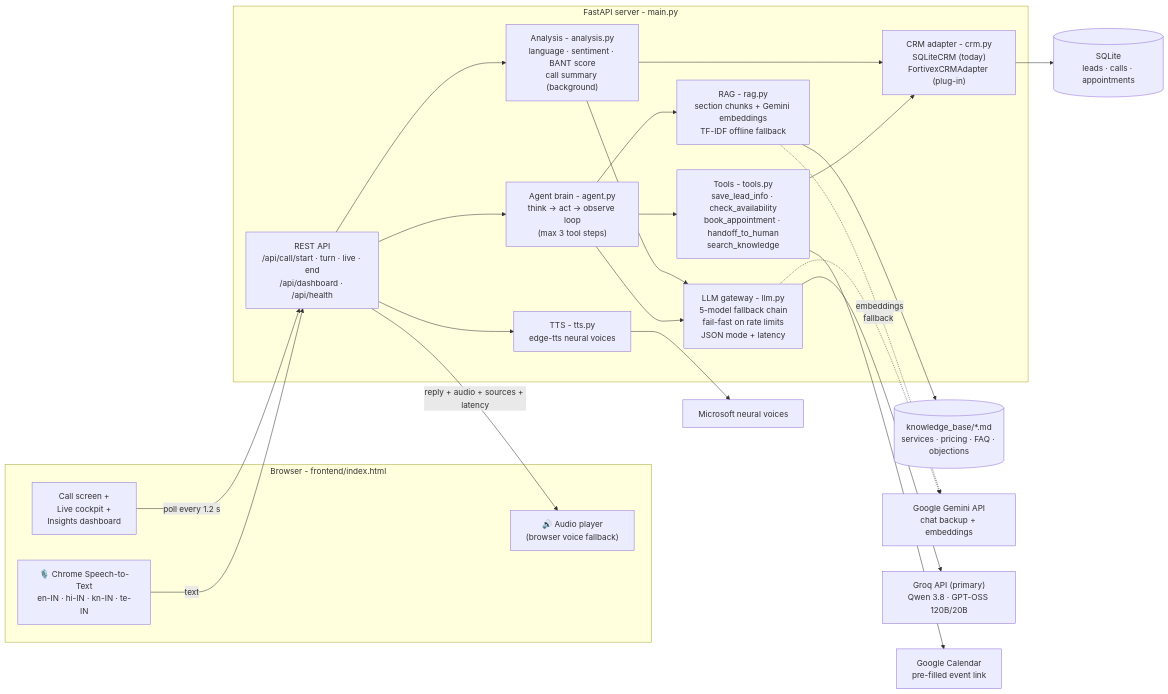
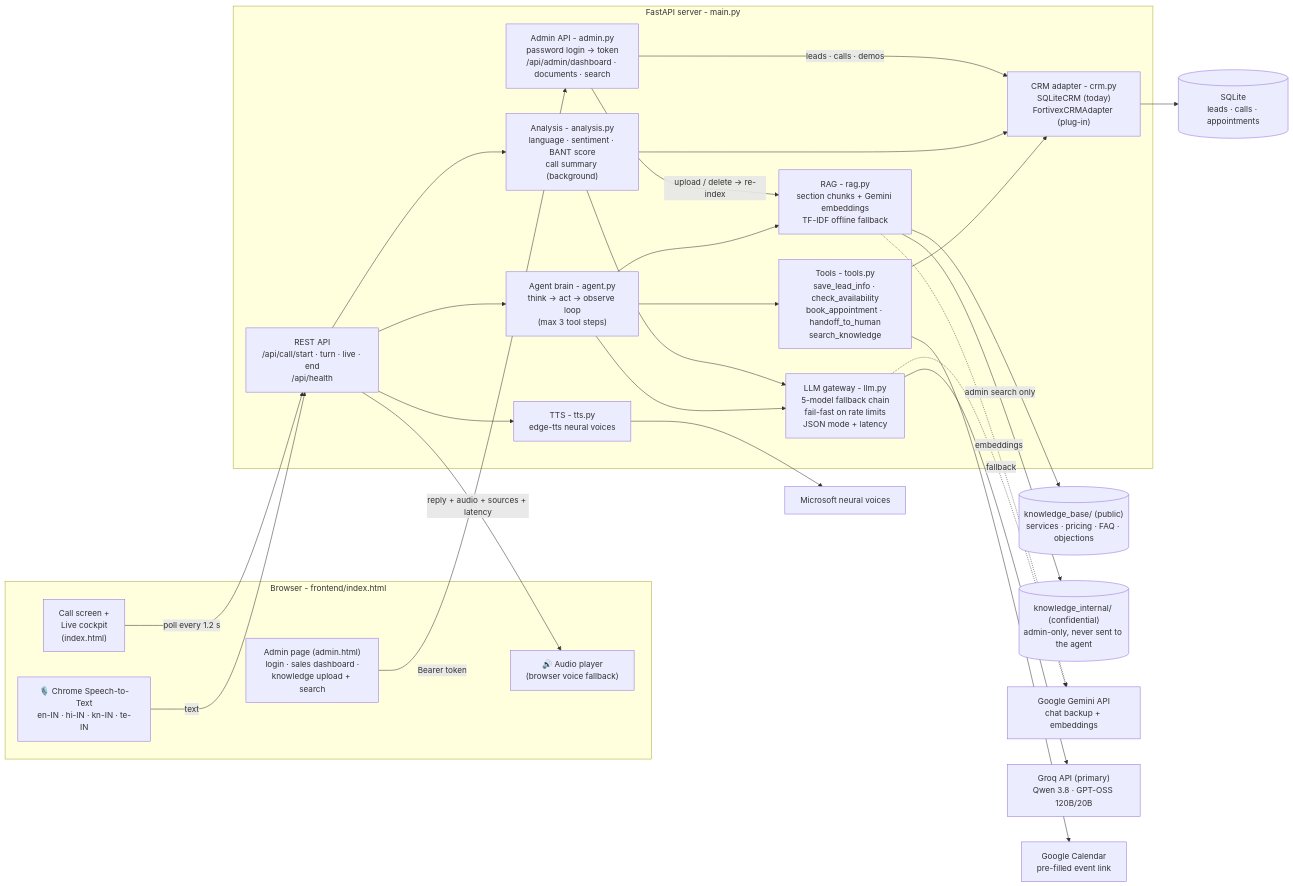
One commit to Nihar335/aria-voice-agent changed the first of 3 diagrams in docs/ARCHITECTURE.md. Above: the diagram before and after it, drawn with Mermaid. The commit also changed other lines of this file and 17 other files, not shown here.

Commit message:
Admin page, customer portal, internal knowledge base

````diff
--- a/docs/ARCHITECTURE.md
+++ b/docs/ARCHITECTURE.md
@@ -5,46 +5,53 @@
 ```mermaid
 flowchart LR
     subgraph Browser["Browser - frontend/index.html"]
         MIC["🎙️ Chrome Speech-to-Text<br/>en-IN · hi-IN · kn-IN · te-IN"]
-        UI["Call screen +<br/>Live cockpit +<br/>Insights dashboard"]
+        UI["Call screen +<br/>Live cockpit<br/>(index.html)"]
+        ADM["Admin page (admin.html)<br/>login · sales dashboard ·<br/>knowledge upload + search"]
         SPK["🔊 Audio player<br/>(browser voice fallback)"]
     end
 
     subgraph Server["FastAPI server - main.py"]
-        API["REST API<br/>/api/call/start · turn · live · end<br/>/api/dashboard · /api/health"]
+        API["REST API<br/>/api/call/start · turn · live · end<br/>/api/health"]
+        ADMIN["Admin API - admin.py<br/>password login → token<br/>/api/admin/dashboard · documents · search"]
         AGENT["Agent brain - agent.py<br/>think → act → observe loop<br/>(max 3 tool steps)"]
         RAG["RAG - rag.py<br/>section chunks + Gemini embeddings<br/>TF-IDF offline fallback"]
         TOOLS["Tools - tools.py<br/>save_lead_info · check_availability<br/>book_appointment · handoff_to_human<br/>search_knowledge"]
         ANALYSIS["Analysis - analysis.py<br/>language · sentiment · BANT score<br/>call summary (background)"]
         TTS["TTS - tts.py<br/>edge-tts neural voices"]
         LLM["LLM gateway - llm.py<br/>5-model fallback chain<br/>fail-fast on rate limits<br/>JSON mode + latency"]
         CRM["CRM adapter - crm.py<br/>SQLiteCRM (today)<br/>FortivexCRMAdapter (plug-in)"]
     end
 
-    KB[("knowledge_base/*.md<br/>services · pricing · FAQ · objections")]
+    KB[("knowledge_base/ (public)<br/>services · pricing · FAQ · objections")]
+    KBI[("knowledge_internal/ (confidential)<br/>admin-only, never sent to the agent")]
     DB[("SQLite<br/>leads · calls · appointments")]
     GEM["Google Gemini API<br/>chat backup + embeddings"]
     GROQ["Groq API (primary)<br/>Qwen 3.8 · GPT-OSS 120B/20B"]
     MSV["Microsoft neural voices"]
     GCAL["Google Calendar<br/>pre-filled event link"]
 
     MIC -->|text| API
     API --> AGENT
     AGENT --> RAG
     RAG --> KB
     AGENT --> TOOLS
     TOOLS --> CRM
     TOOLS --> GCAL
     AGENT --> LLM
     ANALYSIS --> LLM
     LLM --> GROQ
     LLM -.->|fallback| GEM
     RAG -.->|embeddings| GEM
     API --> TTS
     TTS --> MSV
     API -->|reply + audio + sources + latency| SPK
     API --> ANALYSIS
     ANALYSIS --> CRM
     CRM --> DB
     UI -->|poll every 1.2 s| API
+    ADM -->|Bearer token| ADMIN
+    ADMIN -->|upload / delete → re-index| RAG
+    ADMIN -->|leads · calls · demos| CRM
+    RAG -->|admin search only| KBI
 ```
````
